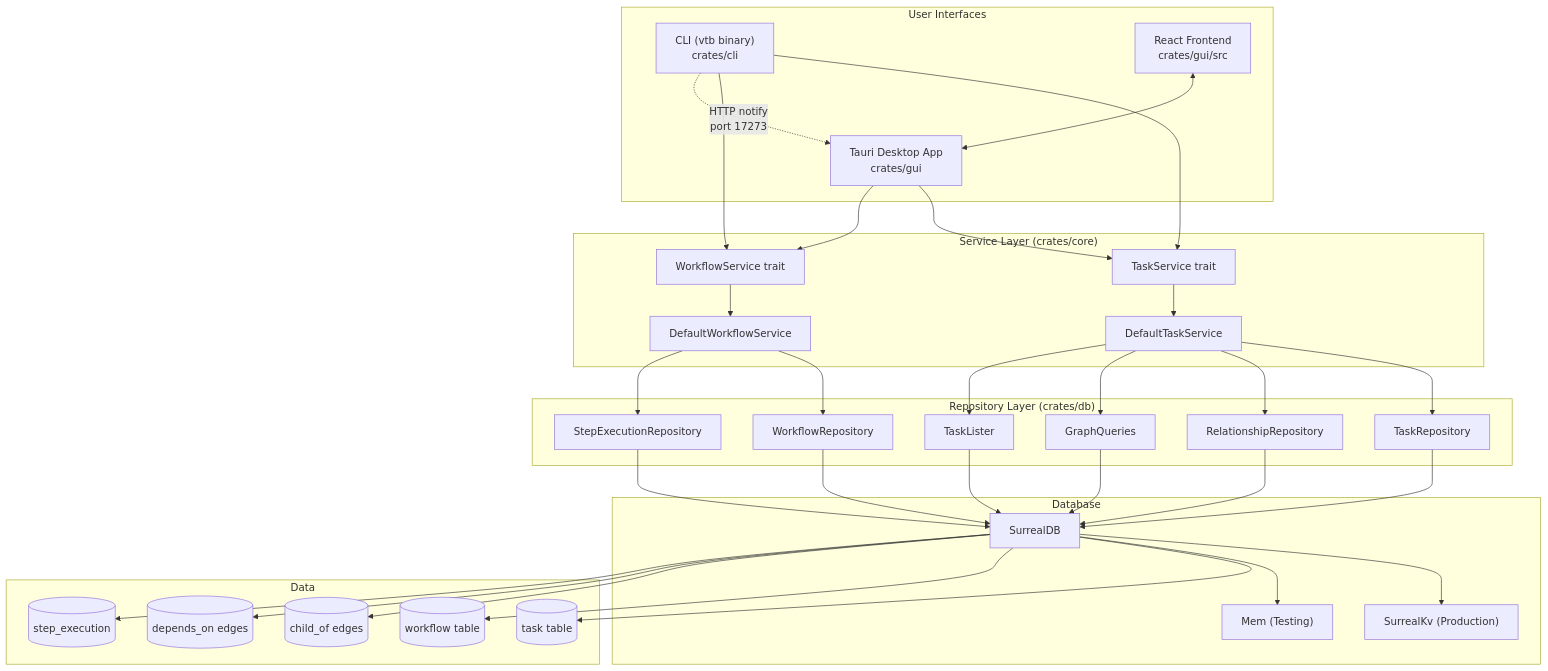
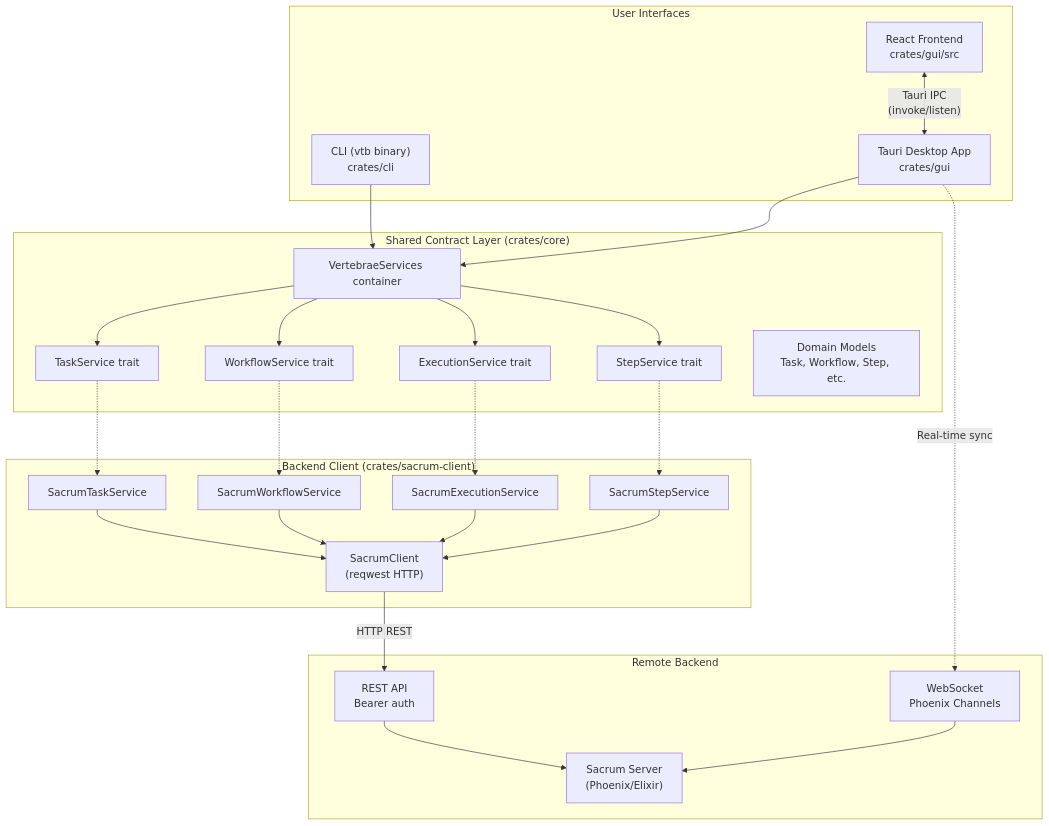
The diagram in AGENTS.md (CamonZ/vertebrae), drawn with Mermaid before and after one commit. The commit also changed other lines of this file and 95 other files, not shown here.

First line of the commit message:
[xbdaa58] Remove crates/db and improve GUI test coverage

````diff
--- a/AGENTS.md
+++ b/AGENTS.md
@@ -381,55 +391,48 @@
 ```mermaid
 flowchart TB
     subgraph "User Interfaces"
         CLI["CLI (vtb binary)<br/>crates/cli"]
         GUI["Tauri Desktop App<br/>crates/gui"]
         React["React Frontend<br/>crates/gui/src"]
     end
 
-    subgraph "Service Layer (crates/core)"
+    subgraph "Shared Contract Layer (crates/core)"
         TS["TaskService trait"]
         WS["WorkflowService trait"]
-        DTS["DefaultTaskService"]
-        DWS["DefaultWorkflowService"]
+        ES["ExecutionService trait"]
+        SS["StepService trait"]
+        VSvc["VertebraeServices container"]
+        Models["Domain Models<br/>Task, Workflow, Step, etc."]
     end
 
-    subgraph "Repository Layer (crates/db)"
-        TR["TaskRepository"]
-        WR["WorkflowRepository"]
-        RR["RelationshipRepository"]
-        GQ["GraphQueries"]
-        TL["TaskLister"]
-        ER["StepExecutionRepository"]
+    subgraph "Backend Client (crates/sacrum-client)"
+        SC["SacrumClient<br/>(reqwest HTTP)"]
+        STS["SacrumTaskService"]
+        SWS["SacrumWorkflowService"]
+        SES["SacrumExecutionService"]
+        SSS["SacrumStepService"]
     end
 
-    subgraph "Database"
-        SDB["SurrealDB"]
-        KV["SurrealKv (Production)"]
-        Mem["Mem (Testing)"]
+    subgraph "Remote Backend"
+        Sacrum["Sacrum Server<br/>(Phoenix/Elixir)"]
+        RESTAPI["REST API<br/>Bearer auth"]
+        WSChannel["WebSocket<br/>Phoenix Channels"]
     end
 
-    subgraph "Data"
-        Tasks[(task table)]
-        Workflows[(workflow table)]
-        ChildOf[(child_of edges)]
-        DependsOn[(depends_on edges)]
-        Executions[(step_execution)]
-    end
+    React <-->|"Tauri IPC<br/>(invoke/listen)"| GUI
+    CLI --> VSvc
+    GUI --> VSvc
 
-    CLI --> TS & WS
-    GUI --> TS & WS
-    React <--> GUI
+    VSvc --> TS & WS & ES & SS
+    TS -.-> STS
+    WS -.-> SWS
+    ES -.-> SES
+    SS -.-> SSS
 
-    TS --> DTS
-    WS --> DWS
+    STS & SWS & SES & SSS --> SC
+    SC -->|"HTTP REST"| RESTAPI
+    RESTAPI --> Sacrum
 
-    DTS --> TR & RR & GQ & TL
-    DWS --> WR & ER
-
-    TR & WR & RR & GQ & TL & ER --> SDB
-    SDB --> KV & Mem
-
-    SDB --> Tasks & Workflows & ChildOf & DependsOn & Executions
-
-    CLI -.->|"HTTP notify<br/>port 17273"| GUI
+    GUI -.->|"Real-time sync"| WSChannel
+    WSChannel --> Sacrum
 ```
````
